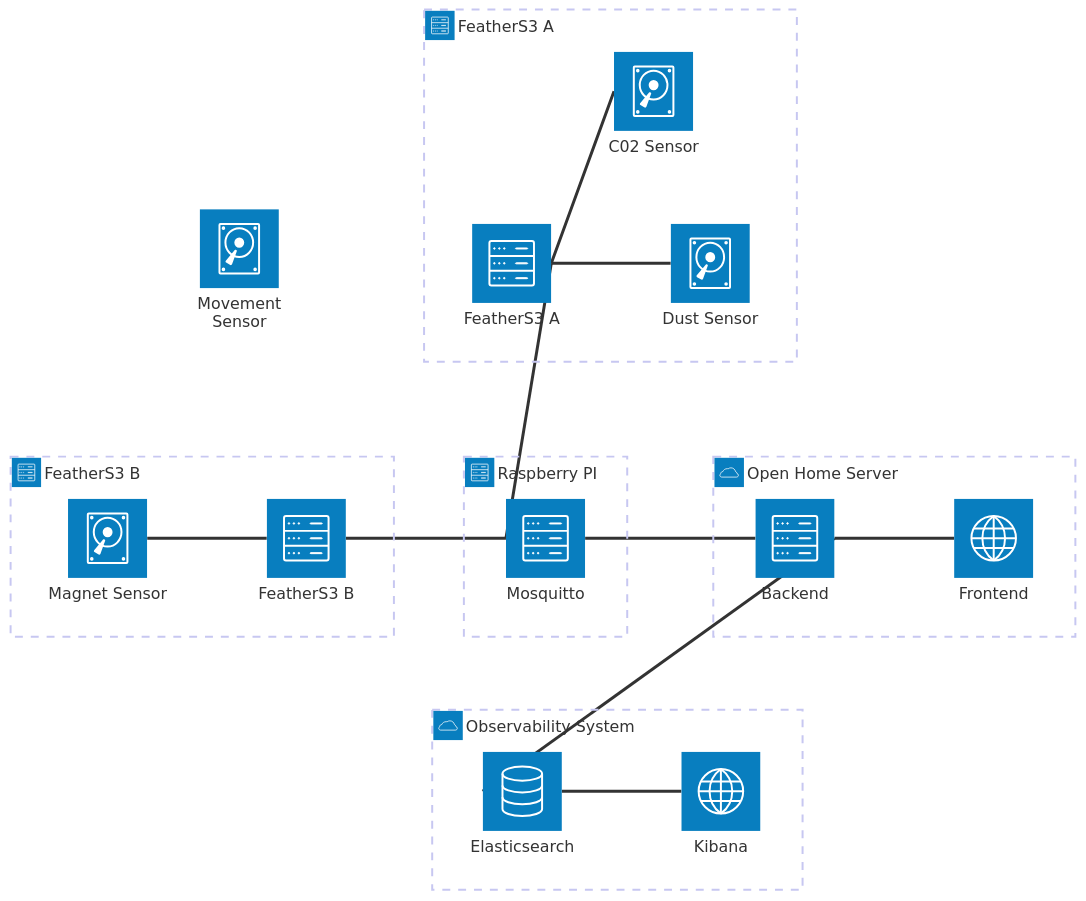
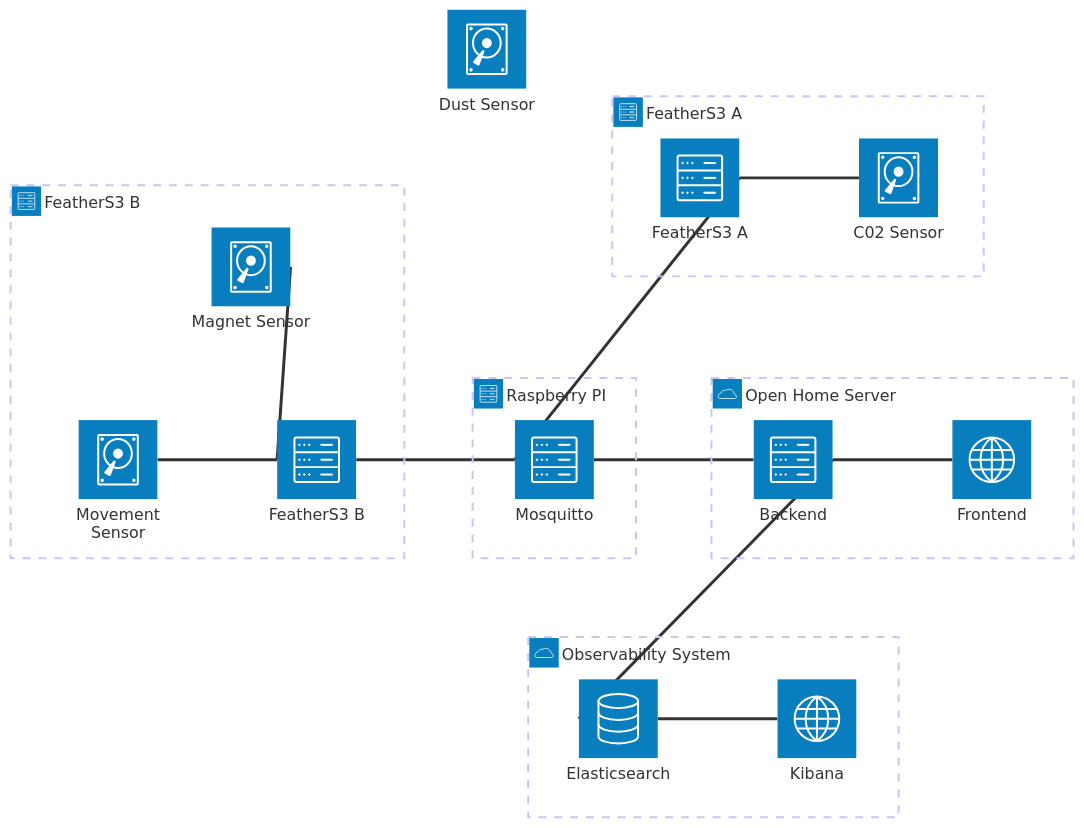
Before and after one commit to M1chaCH/FHNW-indoor-climate: the diagram in level-4/README.md, drawn with Mermaid. The commit also changed other lines of this file and 9 other files, not shown here.

````diff
--- a/level-4/README.md
+++ b/level-4/README.md
@@ -74,37 +74,37 @@
 ```mermaid
 architecture-beta
     group mph(cloud)[Open Home Server]
     group mos(cloud)[Observability System]
     group rpi(server)[Raspberry PI]
     group e1(server)[FeatherS3 A]
     group e2(server)[FeatherS3 B]
     
     service backend(server)[Backend] in mph
     service frontend(internet)[Frontend] in mph
 
     service elastic(database)[Elasticsearch] in mos
     service kibana(internet)[Kibana] in mos
 
     service mqtt(server)[Mosquitto] in rpi
     
     service esp1(server)[FeatherS3 A] in e1
     service c02(disk)[C02 Sensor] in e1
-    service dust(disk)[Dust Sensor] in e1
 
     service esp2(server)[FeatherS3 B] in e2
     service mgt(disk)[Magnet Sensor] in e2
+    service mov(disk)[Movement Sensor] in e2
 
-    service mov(disk)[Movement Sensor]
+    service dust(disk)[Dust Sensor]
 
     elastic:R -- L:kibana
     elastic:L -- R:backend
     frontend:L -- R:backend
     backend:L -- R:mqtt
 
     esp1:R -- L:mqtt
     esp1:R -- L:c02
-    esp1:R -- L:dust
 
     esp2:R -- L:mqtt
     esp2:L -- R:mgt
+    esp2:L -- R:mov
 ```
````
